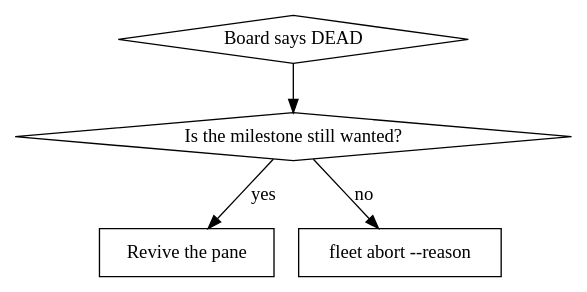
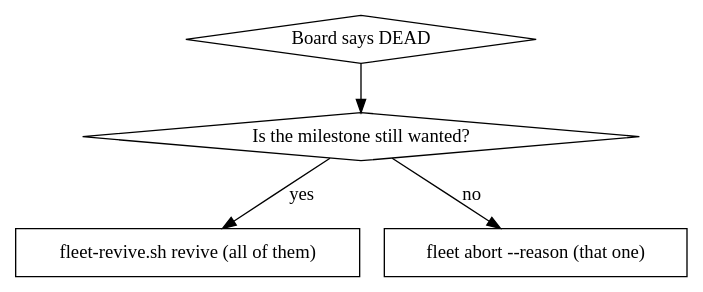
Before and after one commit to Davis-Zhang-Onehouse/superpowers: the diagram in skills/reviving-dead-panes/SKILL.md, drawn with Graphviz. The commit also changed other lines of this file and 4 other files, not shown here.

````diff
--- a/skills/reviving-dead-panes/SKILL.md
+++ b/skills/reviving-dead-panes/SKILL.md
@@ -37,12 +56,12 @@
 ```dot
 digraph revive {
     "Board says DEAD" [shape=diamond];
     "Is the milestone still wanted?" [shape=diamond];
-    "Revive the pane" [shape=box];
-    "fleet abort --reason" [shape=box];
+    "fleet-revive.sh revive (all of them)" [shape=box];
+    "fleet abort --reason (that one)" [shape=box];
 
     "Board says DEAD" -> "Is the milestone still wanted?";
-    "Is the milestone still wanted?" -> "Revive the pane" [label="yes"];
-    "Is the milestone still wanted?" -> "fleet abort --reason" [label="no"];
+    "Is the milestone still wanted?" -> "fleet-revive.sh revive (all of them)" [label="yes"];
+    "Is the milestone still wanted?" -> "fleet abort --reason (that one)" [label="no"];
 }
 ```
````
